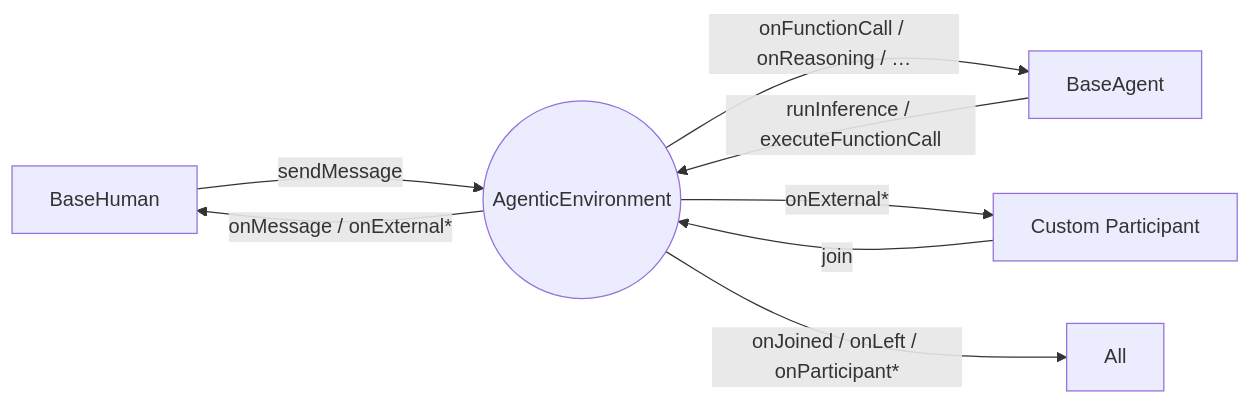
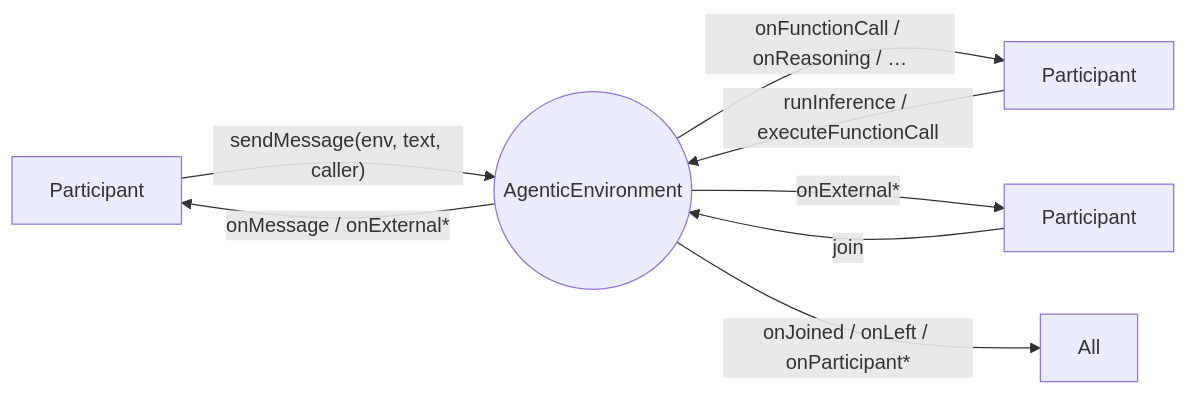
The first of 2 diagrams in README.md (jigjoy-io/mosaic), drawn with Mermaid before and after one commit. The commit also changed other lines of this file, not shown here.

````diff
--- a/README.md
+++ b/README.md
@@ -64,10 +72,10 @@
 ```mermaid
 flowchart LR
-    Human[BaseHuman] -->|sendMessage| Env(("AgenticEnvironment"))
-    Agent[BaseAgent] -->|"runInference / executeFunctionCall"| Env
-    Observer[Custom Participant] -->|join| Env
+    Human[Participant] -->|"sendMessage(env, text, caller)"| Env(("AgenticEnvironment"))
+    Agent[Participant] -->|"runInference / executeFunctionCall"| Env
+    Observer[Participant] -->|join| Env
     Env -->|"onMessage / onExternal*"| Human
     Env -->|"onFunctionCall / onReasoning / …"| Agent
     Env -->|"onExternal*"| Observer
     Env -->|"onJoined / onLeft / onParticipant*"| All
 ```
````
